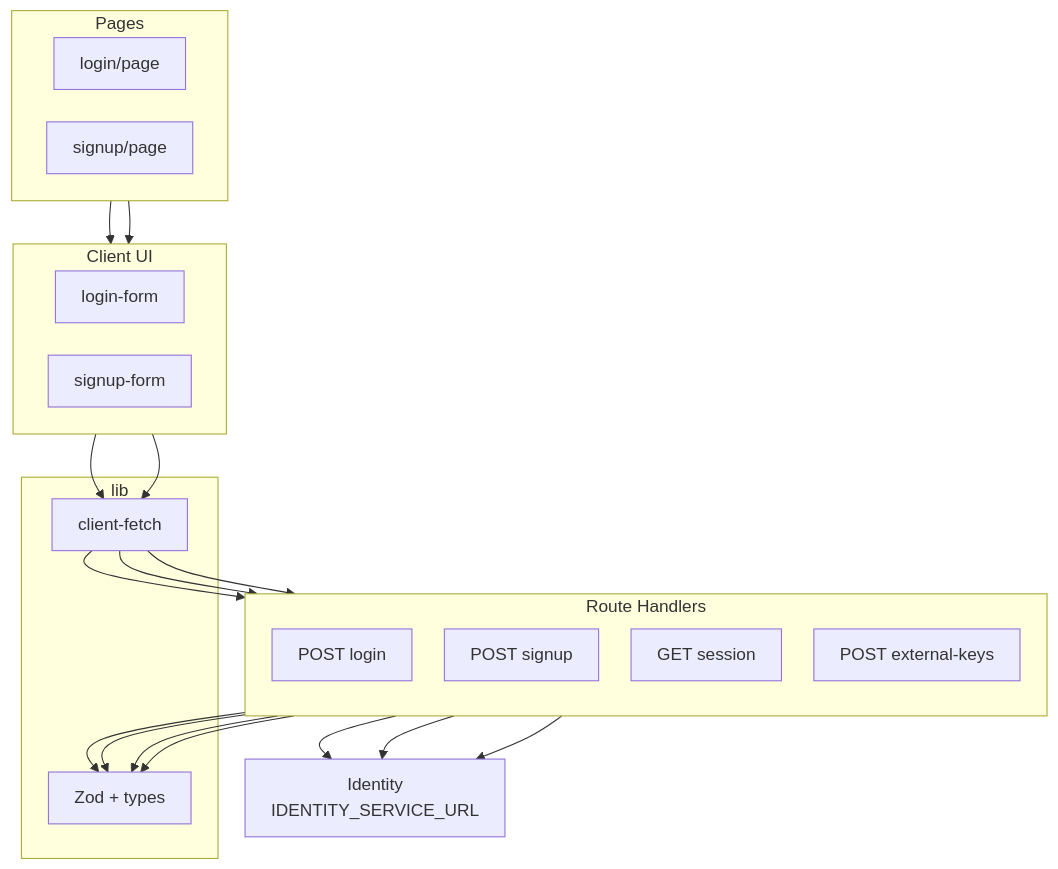
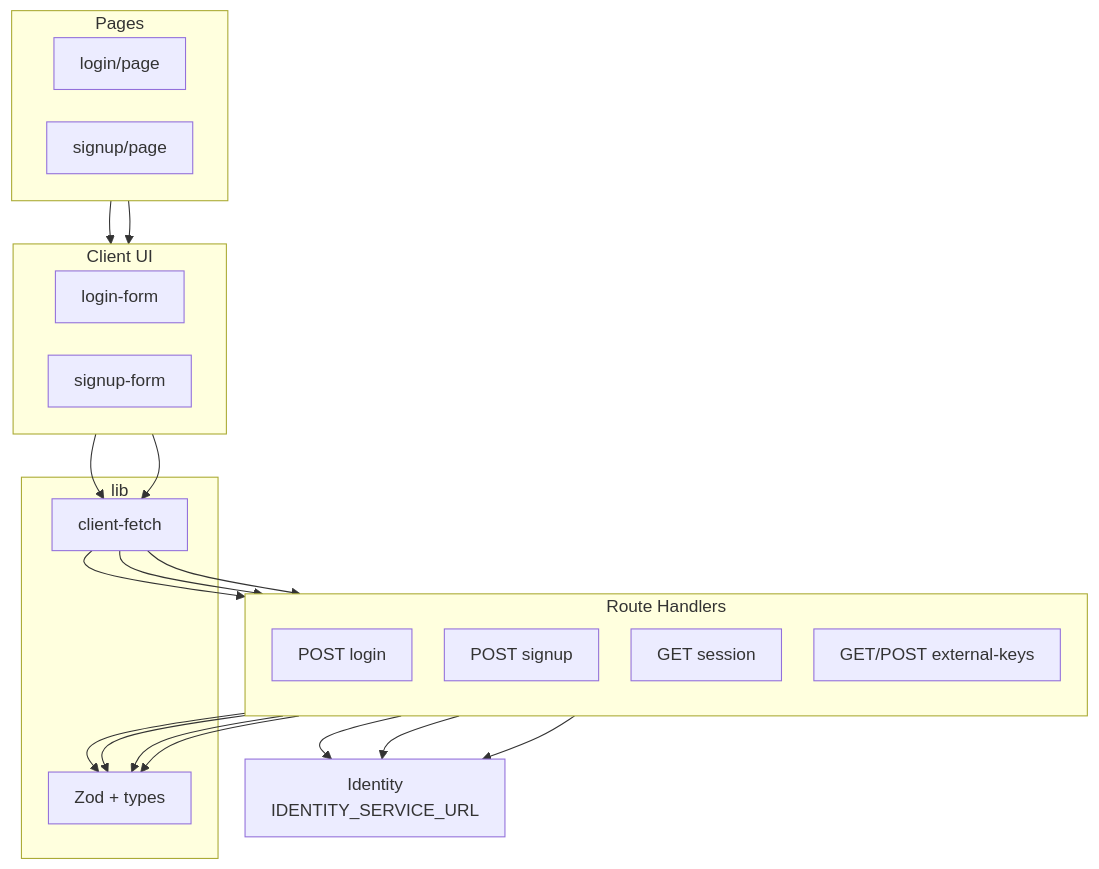
The tenth of 11 diagrams in docs/c4-architecture-diagrams.md (Zero-Bug-Freinds/ai-api-usage-monitor), drawn with Mermaid before and after one commit. The commit also changed other lines of this file and 5 other files, not shown here.

````diff
--- a/docs/c4-architecture-diagrams.md
+++ b/docs/c4-architecture-diagrams.md
@@ -424,41 +430,41 @@
 ```mermaid
 %%{init: {'flowchart': {'nodeSpacing': 30, 'rankSpacing': 40, 'padding': 12}}}%%
 flowchart TB
   subgraph FE["Client UI"]
     direction LR
     LF["login-form"]
     SF["signup-form"]
   end
   subgraph PG["Pages"]
     direction LR
     LP["login/page"]
     SP["signup/page"]
   end
   subgraph RH["Route Handlers"]
     direction TB
     RL["POST login"]
     RS["POST signup"]
     RQ["GET session"]
-    RE["POST external-keys"]
+    RE["GET/POST external-keys"]
   end
   subgraph LB["lib"]
     CF["client-fetch"]
     ZL["Zod + types"]
   end
   IDN["Identity<br/>IDENTITY_SERVICE_URL"]
 
   LP --> LF
   SP --> SF
   LF --> CF
   SF --> CF
   CF --> RL
   CF --> RS
   CF --> RE
   RL --> ZL
   RS --> ZL
   RQ --> ZL
   RE --> ZL
   RL --> IDN
   RS --> IDN
   RE --> IDN
 ```
````
